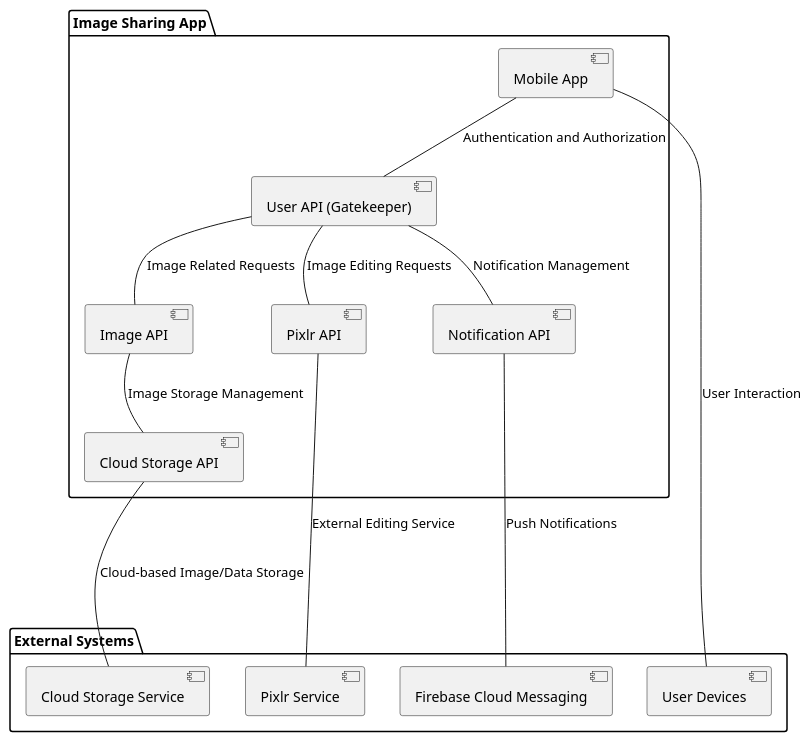
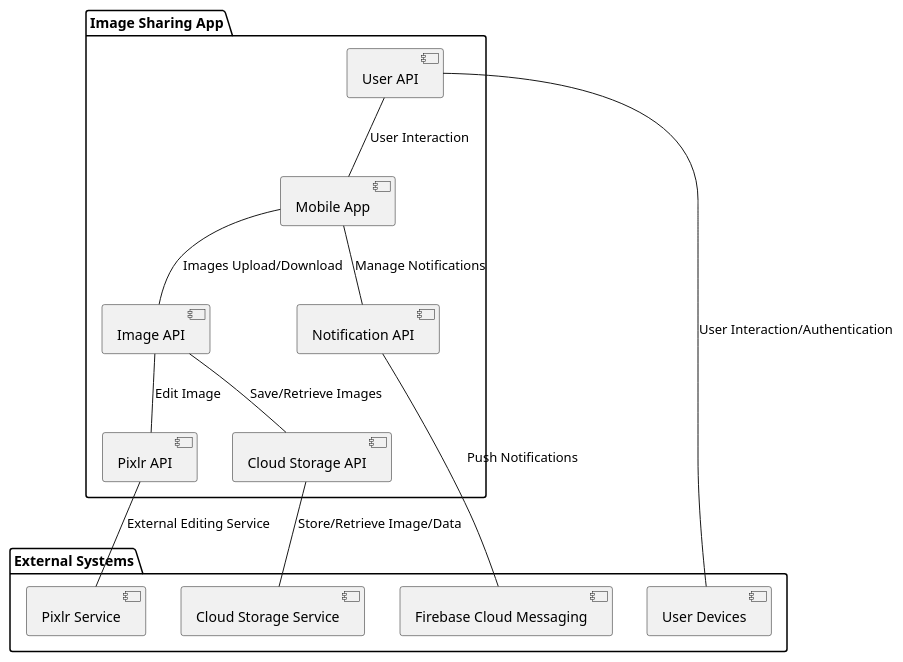
Before and after one commit to CMarquetand/swarc-material: the diagram in uml/techContext.plantuml, drawn with PlantUML. The commit also changed other lines of this file and 6 other files, not shown here.

Commit message:
adjust sequence diagrams and technical context without gatekeeper api

```diff
--- a/uml/techContext.plantuml
+++ b/uml/techContext.plantuml
@@ -1,31 +1,31 @@
 @startuml
 top to bottom direction
 
 package "Image Sharing App" {
-    [User API (Gatekeeper)] as UserAPI
+    [Mobile App] as MobileApp
     [Image API] as ImageAPI
     [Pixlr API] as PixlrAPI
     [Cloud Storage API] as CloudStorageAPI
     [Notification API] as NotificationAPI
-    [Mobile App] as MobileApp
+    [User API] as UserAPI
 }
 
 package "External Systems" {
     [User Devices] as UserDevices
     [Pixlr Service] as PixlrService
     [Cloud Storage Service] as CloudStorageService
     [Firebase Cloud Messaging] as NotificationService
 }
 
-UserDevices -left- MobileApp : User Interaction
-MobileApp -- UserAPI : Authentication and Authorization
-UserAPI -- ImageAPI : Image Related Requests
-UserAPI -- PixlrAPI : Image Editing Requests
-UserAPI -- NotificationAPI : Notification Management
+UserDevices -- UserAPI : User Interaction/Authentication
+UserAPI -- MobileApp : User Interaction
+MobileApp -- ImageAPI : Images Upload/Download
+MobileApp -- NotificationAPI : Manage Notifications
 
-ImageAPI -- CloudStorageAPI : Image Storage Management
+ImageAPI -- PixlrAPI : Edit Image
+ImageAPI -- CloudStorageAPI : Save/Retrieve Images
 PixlrAPI -- PixlrService : External Editing Service
-CloudStorageAPI --- CloudStorageService : Cloud-based Image/Data Storage
+CloudStorageAPI -- CloudStorageService : Store/Retrieve Image/Data
 NotificationAPI -- NotificationService : Push Notifications
 
 @enduml
```
